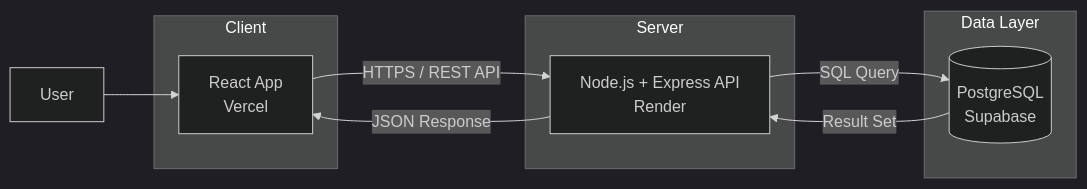
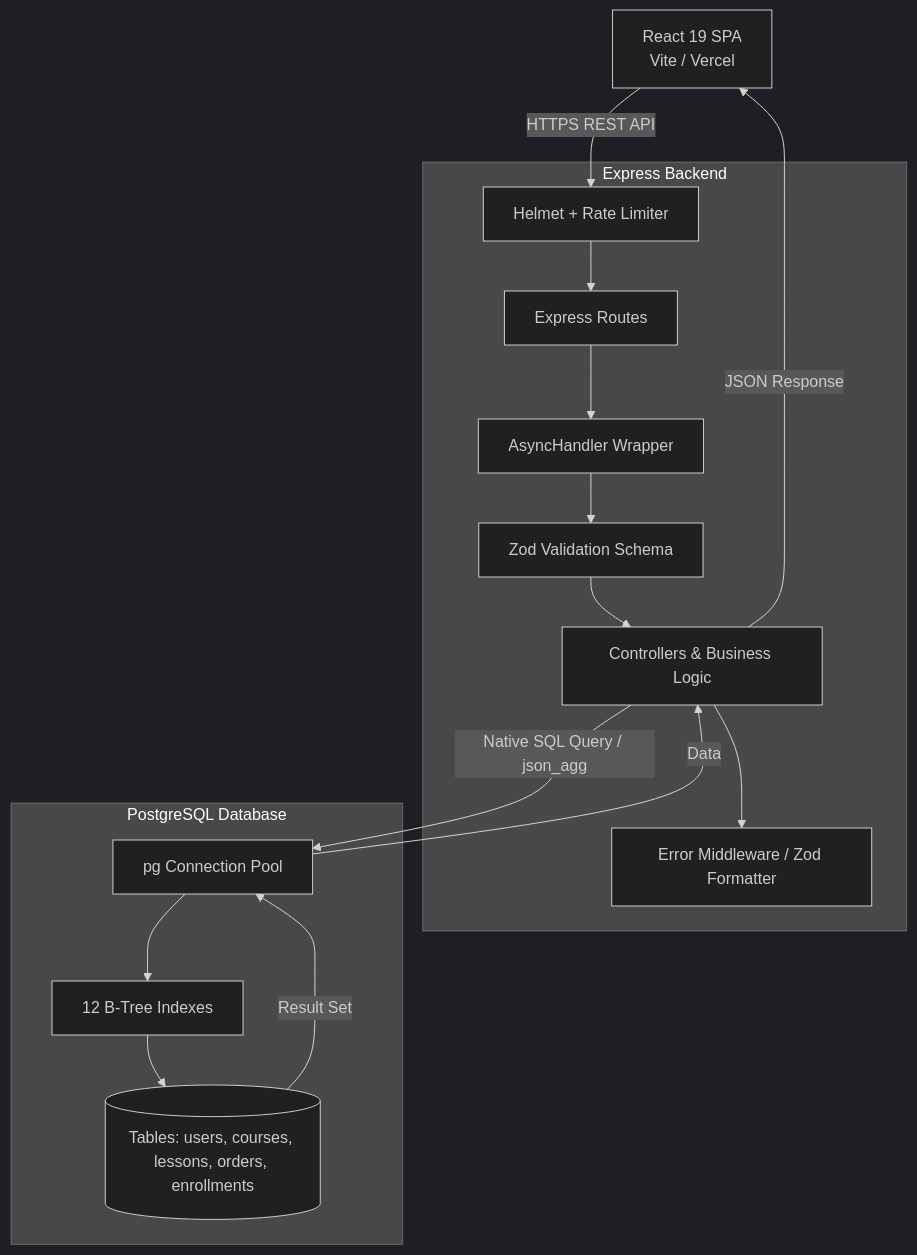
The diagram in README.md (tranhohoangvu/coursehub-lms), drawn with Mermaid (dark theme) before and after one commit. The commit also changed other lines of this file and 29 other files, not shown here.

````diff
--- a/README.md
+++ b/README.md
@@ -64,22 +89,32 @@
 ```mermaid
-graph LR
-    U[User]
-
-    subgraph Client
-        FE[React App<br/>Vercel]
+graph TD
+    Client[React 19 SPA<br/>Vite / Vercel]
+    
+    subgraph Express Backend
+        Security[Helmet + Rate Limiter]
+        Router[Express Routes]
+        Async[AsyncHandler Wrapper]
+        Zod[Zod Validation Schema]
+        Controller[Controllers & Business Logic]
+        ErrorMid[Error Middleware / Zod Formatter]
     end
 
-    subgraph Server
-        BE[Node.js + Express API<br/>Render]
+    subgraph PostgreSQL Database
+        Pool[pg Connection Pool]
+        Indexes[12 B-Tree Indexes]
+        Tables[(Tables: users, courses, lessons, orders, enrollments)]
     end
 
-    subgraph Data Layer
-        DB[(PostgreSQL<br/>Supabase)]
-    end
-
-    U --> FE
-    FE -->|HTTPS / REST API| BE
-    BE -->|SQL Query| DB
-    DB -->|Result Set| BE
-    BE -->|JSON Response| FE
+    Client -->|HTTPS REST API| Security
+    Security --> Router
+    Router --> Async
+    Async --> Zod
+    Zod --> Controller
+    Controller --> ErrorMid
+    Controller -->|Native SQL Query / json_agg| Pool
+    Pool --> Indexes
+    Indexes --> Tables
+    Tables -->|Result Set| Pool
+    Pool -->|Data| Controller
+    Controller -->|JSON Response| Client
 ```
````
